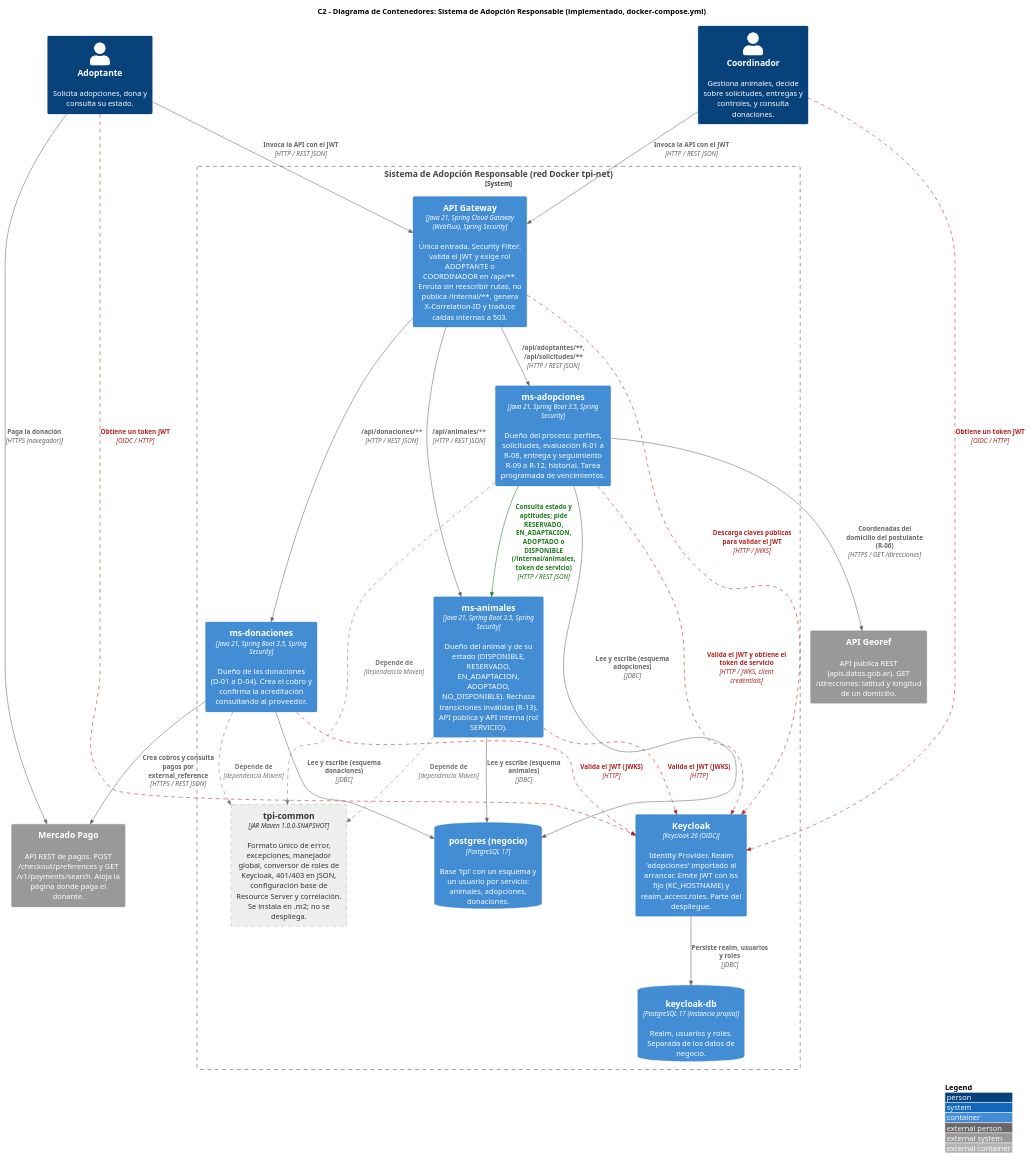
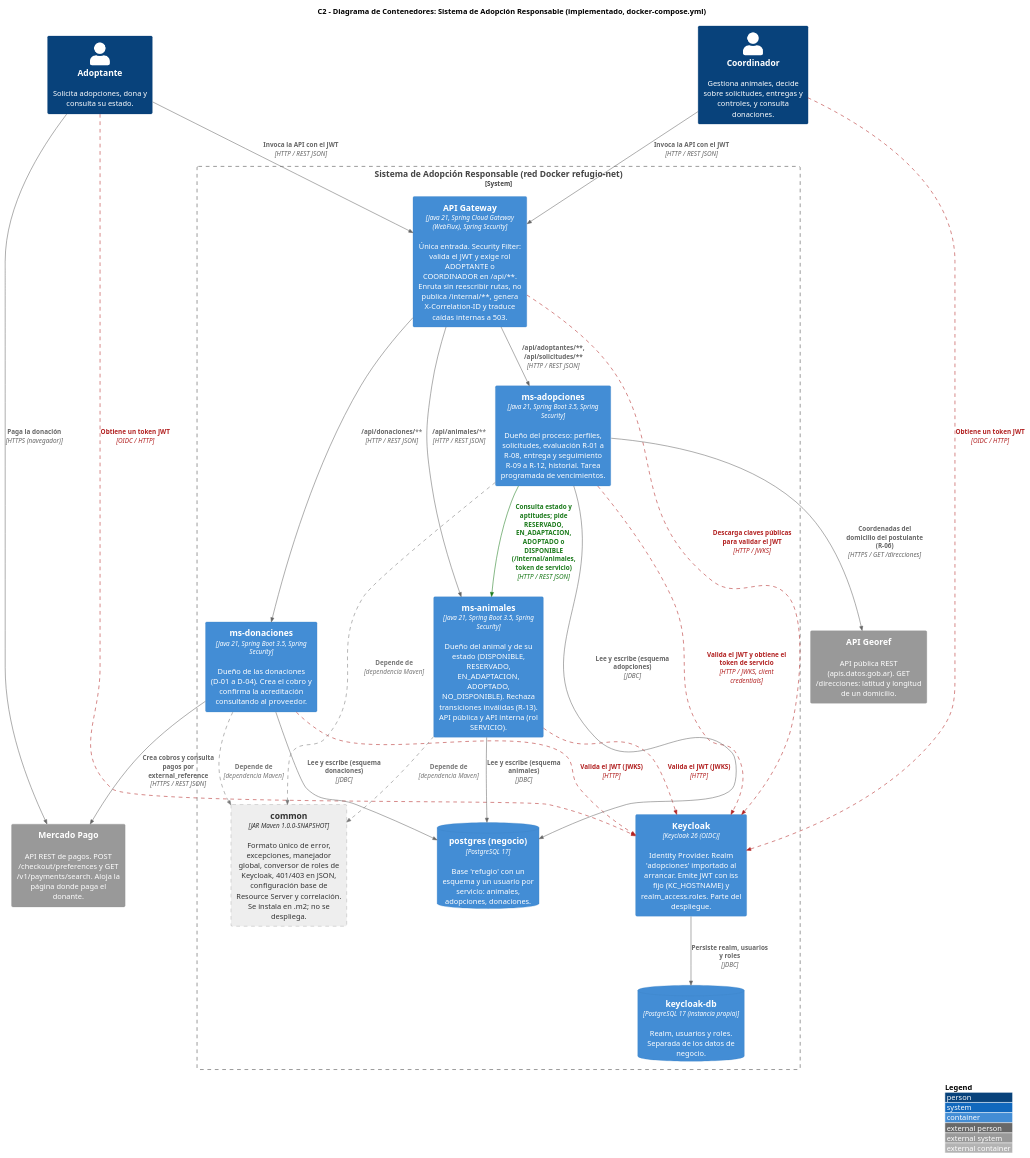
Before and after one commit to GinoPiersigilli/Backend-Mascotas: the diagram in docs/diagramas/C2-Contenedores.puml, drawn with PlantUML. The commit also changed 360 other files, not shown here.

Commit message:
refactor(namespace): rename tpi-common to common, migrate packages to ar.org.refugio and normalize Docker/OIDC/Postman identifiers (WS-11)

```diff
--- a/docs/diagramas/C2-Contenedores.puml
+++ b/docs/diagramas/C2-Contenedores.puml
@@ -1,65 +1,65 @@
 @startuml C2-Contenedores
 !include https://raw.githubusercontent.com/plantuml-stdlib/C4-PlantUML/master/C4_Container.puml
 
 LAYOUT_WITH_LEGEND()
 title C2 - Diagrama de Contenedores: Sistema de Adopción Responsable (implementado, docker-compose.yml)
 
 AddElementTag("lib", $bgColor="#EEEEEE", $fontColor="#333333", $borderColor="#777777", $borderStyle=DashedLine(), $legendText="Librería Maven (no desplegable)")
 AddRelTag("seguridad", $lineColor="#B22222", $textColor="#B22222", $lineStyle=DashedLine(), $legendText="Autenticación / seguridad")
 AddRelTag("dependencia", $lineColor="#777777", $textColor="#777777", $lineStyle=DashedLine(), $legendText="Dependencia Maven (compilación)")
 AddRelTag("colaboracion", $lineColor="#1B7A1B", $textColor="#1B7A1B", $legendText="Colaboración funcional entre servicios")
 
 Person(adoptante, "Adoptante", "Solicita adopciones, dona y consulta su estado.")
 Person(coordinador, "Coordinador", "Gestiona animales, decide sobre solicitudes, entregas y controles, y consulta donaciones.")
 
 System_Ext(georef, "API Georef", "API pública REST (apis.datos.gob.ar). GET /direcciones: latitud y longitud de un domicilio.")
 System_Ext(mercadopago, "Mercado Pago", "API REST de pagos. POST /checkout/preferences y GET /v1/payments/search. Aloja la página donde paga el donante.")
 
-System_Boundary(sistema, "Sistema de Adopción Responsable (red Docker tpi-net)") {
+System_Boundary(sistema, "Sistema de Adopción Responsable (red Docker refugio-net)") {
 
     Container(gateway, "API Gateway", "Java 21, Spring Cloud Gateway (WebFlux), Spring Security", "Única entrada. Security Filter: valida el JWT y exige rol ADOPTANTE o COORDINADOR en /api/~*~*. Enruta sin reescribir rutas, no publica /internal/~*~*, genera X-Correlation-ID y traduce caídas internas a 503.")
 
     Container(animales, "ms-animales", "Java 21, Spring Boot 3.5, Spring Security", "Dueño del animal y de su estado (DISPONIBLE, RESERVADO, EN_ADAPTACION, ADOPTADO, NO_DISPONIBLE). Rechaza transiciones inválidas (R-13). API pública y API interna (rol SERVICIO).")
 
     Container(adopciones, "ms-adopciones", "Java 21, Spring Boot 3.5, Spring Security", "Dueño del proceso: perfiles, solicitudes, evaluación R-01 a R-08, entrega y seguimiento R-09 a R-12, historial. Tarea programada de vencimientos.")
 
     Container(donaciones, "ms-donaciones", "Java 21, Spring Boot 3.5, Spring Security", "Dueño de las donaciones (D-01 a D-04). Crea el cobro y confirma la acreditación consultando al proveedor.")
 
-    Container(common, "tpi-common", "JAR Maven 1.0.0-SNAPSHOT", "Formato único de error, excepciones, manejador global, conversor de roles de Keycloak, 401/403 en JSON, configuración base de Resource Server y correlación. Se instala en .m2; no se despliega.", $tags="lib")
+    Container(common, "common", "JAR Maven 1.0.0-SNAPSHOT", "Formato único de error, excepciones, manejador global, conversor de roles de Keycloak, 401/403 en JSON, configuración base de Resource Server y correlación. Se instala en .m2; no se despliega.", $tags="lib")
 
     Container(keycloak, "Keycloak", "Keycloak 26 (OIDC)", "Identity Provider. Realm 'adopciones' importado al arrancar. Emite JWT con iss fijo (KC_HOSTNAME) y realm_access.roles. Parte del despliegue.")
 
     ContainerDb(kcdb, "keycloak-db", "PostgreSQL 17 (instancia propia)", "Realm, usuarios y roles. Separada de los datos de negocio.")
 
-    ContainerDb(db, "postgres (negocio)", "PostgreSQL 17", "Base 'tpi' con un esquema y un usuario por servicio: animales, adopciones, donaciones.")
+    ContainerDb(db, "postgres (negocio)", "PostgreSQL 17", "Base 'refugio' con un esquema y un usuario por servicio: animales, adopciones, donaciones.")
 }
 
 Rel(adoptante, keycloak, "Obtiene un token JWT", "OIDC / HTTP", $tags="seguridad")
 Rel(coordinador, keycloak, "Obtiene un token JWT", "OIDC / HTTP", $tags="seguridad")
 Rel(adoptante, gateway, "Invoca la API con el JWT", "HTTP / REST JSON")
 Rel(coordinador, gateway, "Invoca la API con el JWT", "HTTP / REST JSON")
 Rel(adoptante, mercadopago, "Paga la donación", "HTTPS (navegador)")
 
 Rel(gateway, keycloak, "Descarga claves públicas para validar el JWT", "HTTP / JWKS", $tags="seguridad")
 Rel(gateway, animales, "/api/animales/**", "HTTP / REST JSON")
 Rel(gateway, adopciones, "/api/adoptantes/~*~*, /api/solicitudes/~*~*", "HTTP / REST JSON")
 Rel(gateway, donaciones, "/api/donaciones/**", "HTTP / REST JSON")
 
 Rel(adopciones, animales, "Consulta estado y aptitudes; pide RESERVADO, EN_ADAPTACION, ADOPTADO o DISPONIBLE (/internal/animales, token de servicio)", "HTTP / REST JSON", $tags="colaboracion")
 Rel(adopciones, georef, "Coordenadas del domicilio del postulante (R-06)", "HTTPS / GET /direcciones")
 Rel(donaciones, mercadopago, "Crea cobros y consulta pagos por external_reference", "HTTPS / REST JSON")
 
 Rel(animales, keycloak, "Valida el JWT (JWKS)", "HTTP", $tags="seguridad")
 Rel(adopciones, keycloak, "Valida el JWT y obtiene el token de servicio", "HTTP / JWKS, client credentials", $tags="seguridad")
 Rel(donaciones, keycloak, "Valida el JWT (JWKS)", "HTTP", $tags="seguridad")
 
 Rel(animales, db, "Lee y escribe (esquema animales)", "JDBC")
 Rel(adopciones, db, "Lee y escribe (esquema adopciones)", "JDBC")
 Rel(donaciones, db, "Lee y escribe (esquema donaciones)", "JDBC")
 Rel(keycloak, kcdb, "Persiste realm, usuarios y roles", "JDBC")
 
 Rel(animales, common, "Depende de", "dependencia Maven", $tags="dependencia")
 Rel(adopciones, common, "Depende de", "dependencia Maven", $tags="dependencia")
 Rel(donaciones, common, "Depende de", "dependencia Maven", $tags="dependencia")
 
 @enduml
```
